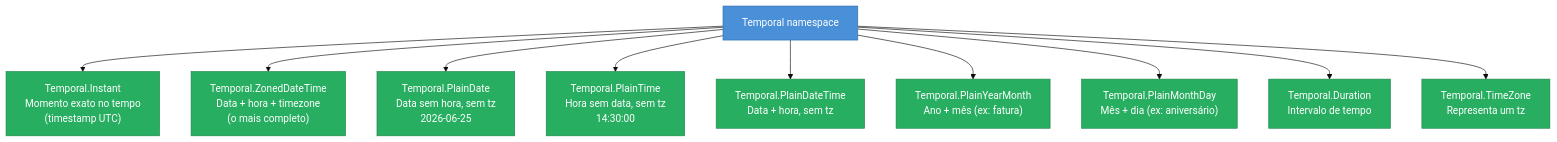
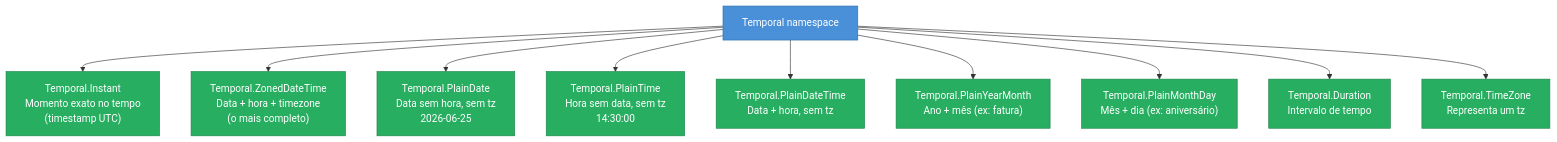
One commit to josenaldo/codex-technomanticus changed the second of 2 diagrams in 03-Dominios/Tecnologia/JavaScript/24 - ES2026 e o futuro.md. Above: the diagram before and after it, drawn with Mermaid. The commit also changed other lines of this file and 1181 other files, not shown here.

First line of the commit message:
fix(diagramas): paleta do sistema no lugar de cor cravada no markdown

````diff
--- a/03-Dominios/Tecnologia/JavaScript/24 - ES2026 e o futuro.md
+++ b/03-Dominios/Tecnologia/JavaScript/24 - ES2026 e o futuro.md
@@ -140,18 +139,17 @@
 ```mermaid
-%%{init: {"theme": "base", "themeVariables": {"primaryColor": "#4A90D9"}}}%%
 graph TB
+    classDef blue fill:#4A90D9,color:#fff,stroke:#2c6fad
+    classDef ok fill:#27ae60,color:#fff,stroke:#1e8449
     T["Temporal namespace"]:::blue
 
     T --> I["Temporal.Instant\nMomento exato no tempo\n(timestamp UTC)"]:::ok
     T --> ZDT["Temporal.ZonedDateTime\nData + hora + timezone\n(o mais completo)"]:::ok
     T --> PD["Temporal.PlainDate\nData sem hora, sem tz\n2026-06-25"]:::ok
     T --> PT["Temporal.PlainTime\nHora sem data, sem tz\n14:30:00"]:::ok
     T --> PDT["Temporal.PlainDateTime\nData + hora, sem tz"]:::ok
     T --> PYM["Temporal.PlainYearMonth\nAno + mês (ex: fatura)"]:::ok
     T --> PMD["Temporal.PlainMonthDay\nMês + dia (ex: aniversário)"]:::ok
     T --> Dur["Temporal.Duration\nIntervalo de tempo"]:::ok
     T --> TZ["Temporal.TimeZone\nRepresenta um tz"]:::ok
 
-    classDef blue fill:#4A90D9,color:#fff,stroke:#2c6fad
-    classDef ok fill:#27ae60,color:#fff,stroke:#1e8449
 ```
````
